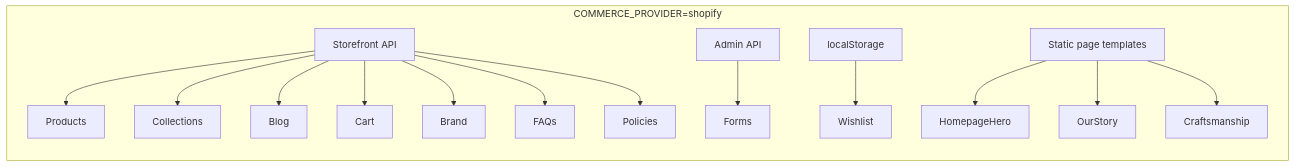
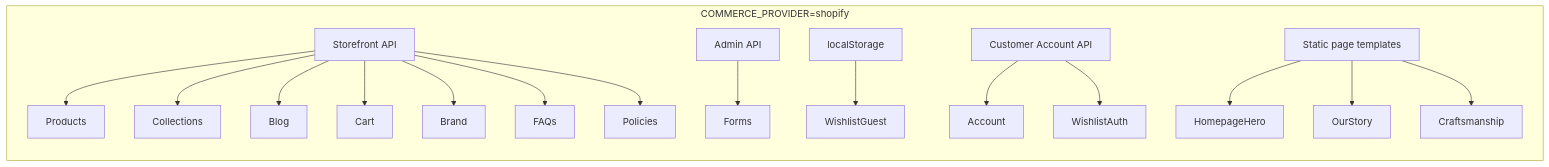
The first of 2 diagrams in docs/shopify-driven-roadmap.md (thekashmirweaver-design/storefront), drawn with Mermaid before and after one commit. The commit also changed other lines of this file and 21 other files, not shown here.

First line of the commit message:
feat: implement Phase 6 customer accounts and wishlist sync

````diff
--- a/docs/shopify-driven-roadmap.md
+++ b/docs/shopify-driven-roadmap.md
@@ -68,21 +68,23 @@
 ```mermaid
 flowchart LR
   subgraph shopify [COMMERCE_PROVIDER=shopify]
     SF[Storefront API]
     Admin[Admin API]
     LS[localStorage]
     Static[Static page templates]
     SF --> Products
     SF --> Collections
     SF --> Blog
     SF --> Cart
     SF --> Brand
     SF --> FAQs
     SF --> Policies
     Admin --> Forms
-    LS --> Wishlist
+    LS --> WishlistGuest
+    CA[Customer Account API] --> Account
+    CA --> WishlistAuth
     Static --> HomepageHero
     Static --> OurStory
     Static --> Craftsmanship
   end
 ```
````
